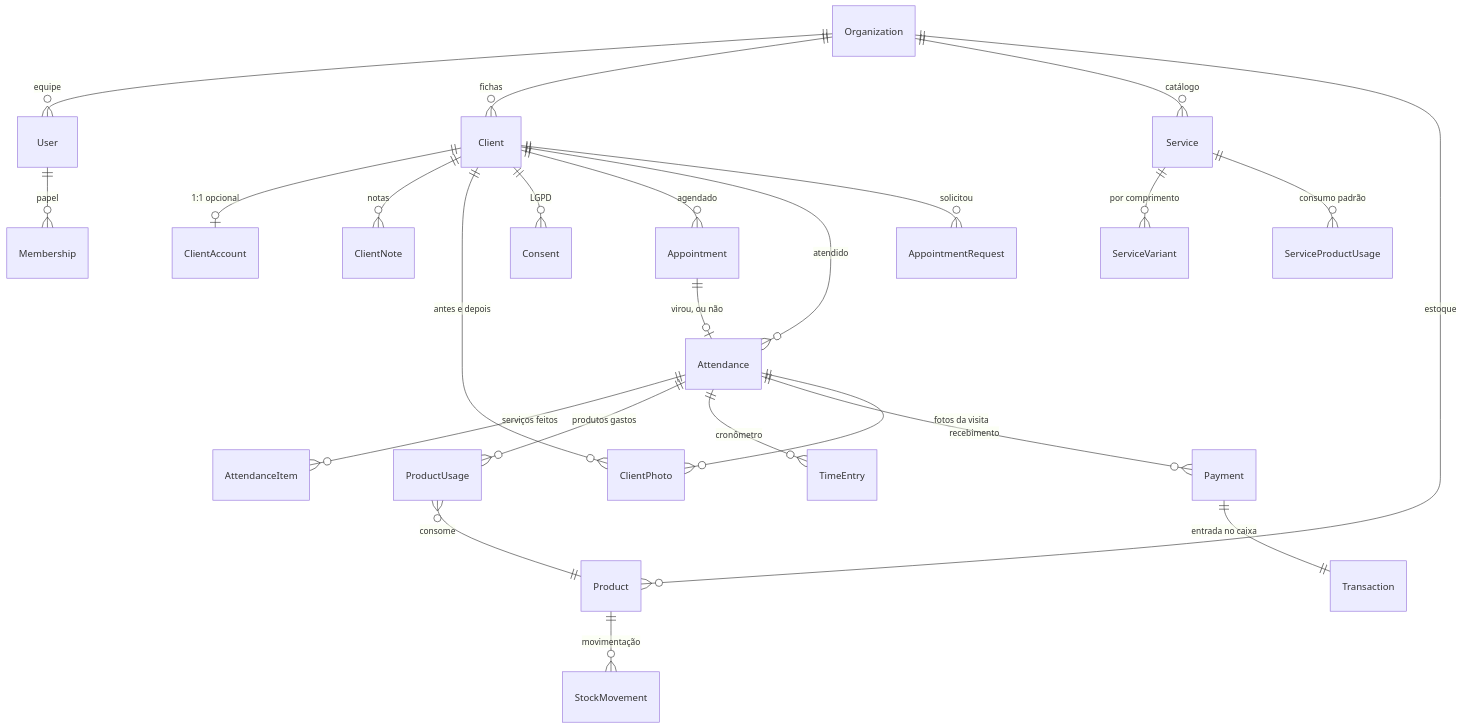
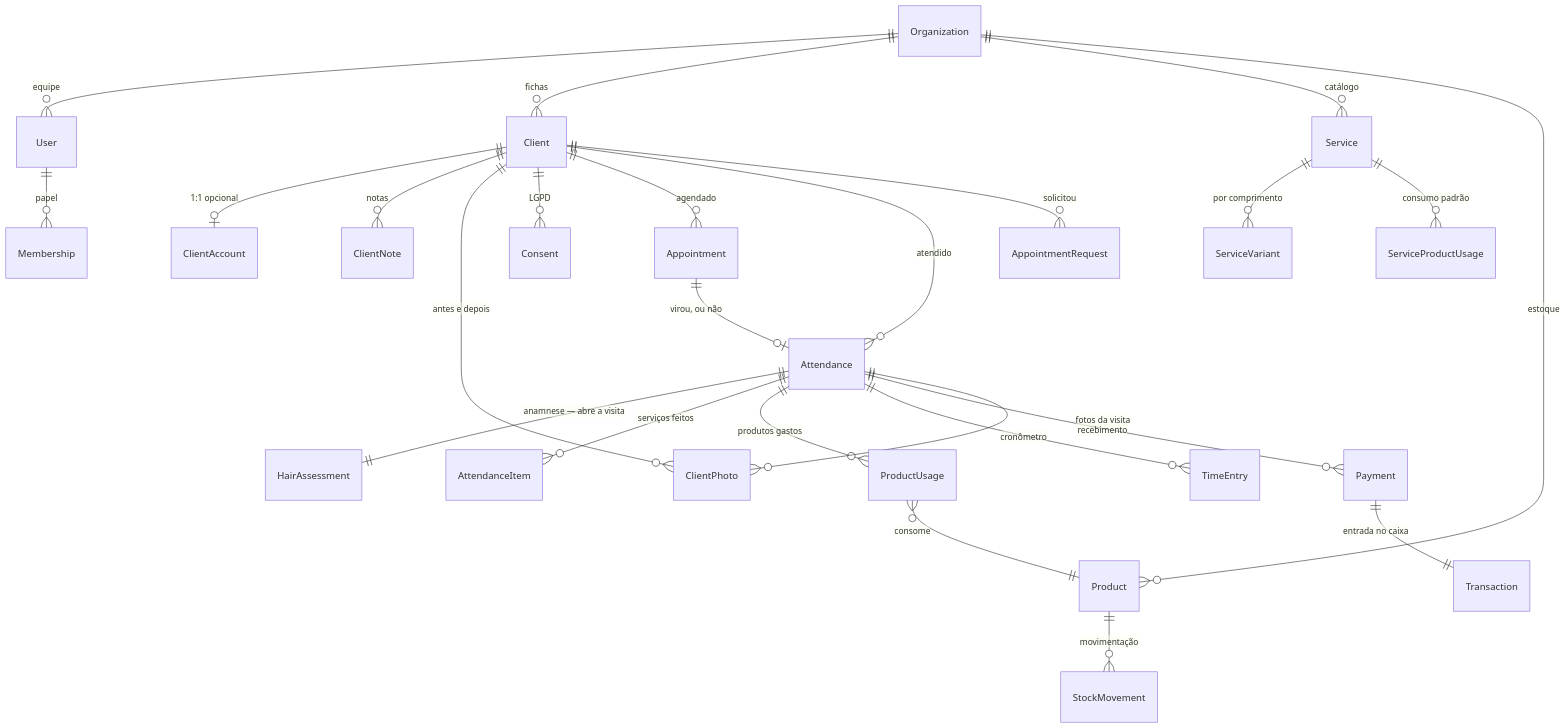
The first of 2 diagrams in docs/08-MODELO-DE-DOMINIO.md (alanaraujo-bit/RoHair), drawn with Mermaid before and after one commit. The commit also changed other lines of this file and 6 other files, not shown here.

````diff
--- a/docs/08-MODELO-DE-DOMINIO.md
+++ b/docs/08-MODELO-DE-DOMINIO.md
@@ -25,31 +26,32 @@
 ```mermaid
 erDiagram
     Organization ||--o{ User : "equipe"
     Organization ||--o{ Client : "fichas"
     Organization ||--o{ Service : "catálogo"
     Organization ||--o{ Product : "estoque"
 
     User ||--o{ Membership : "papel"
     Client ||--o| ClientAccount : "1:1 opcional"
     Client ||--o{ ClientNote : "notas"
     Client ||--o{ ClientPhoto : "antes e depois"
     Client ||--o{ Consent : "LGPD"
 
     Client ||--o{ Appointment : "agendado"
     Client ||--o{ Attendance : "atendido"
     Client ||--o{ AppointmentRequest : "solicitou"
 
     Appointment ||--o| Attendance : "virou, ou não"
     Service ||--o{ ServiceVariant : "por comprimento"
     Service ||--o{ ServiceProductUsage : "consumo padrão"
 
+    Attendance ||--|| HairAssessment : "anamnese — abre a visita"
     Attendance ||--o{ AttendanceItem : "serviços feitos"
     Attendance ||--o{ ProductUsage : "produtos gastos"
     Attendance ||--o{ TimeEntry : "cronômetro"
     Attendance ||--o{ Payment : "recebimento"
     Attendance ||--o{ ClientPhoto : "fotos da visita"
 
     Product ||--o{ StockMovement : "movimentação"
     ProductUsage }o--|| Product : "consome"
     Payment ||--|| Transaction : "entrada no caixa"
 ```
````
